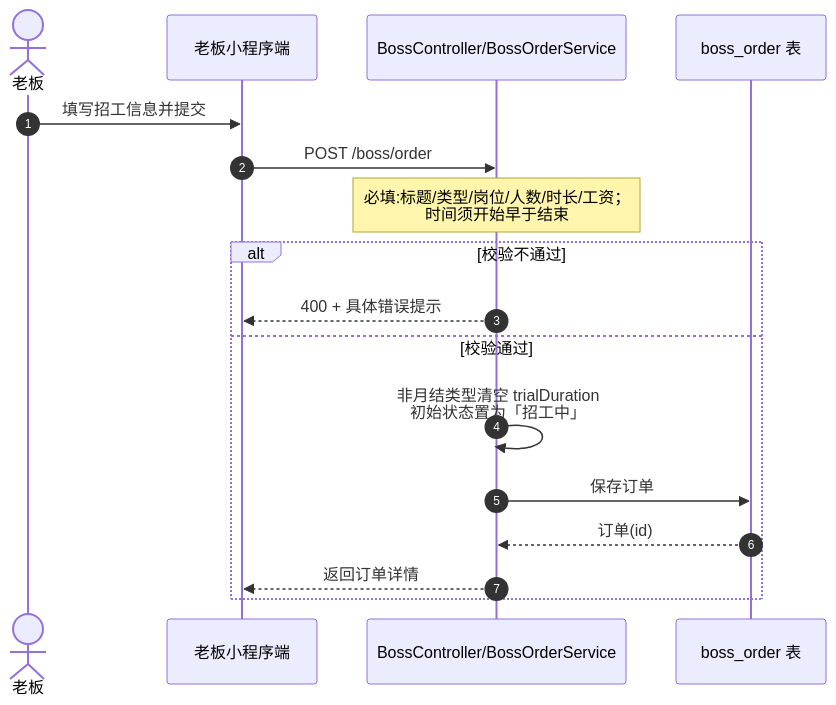
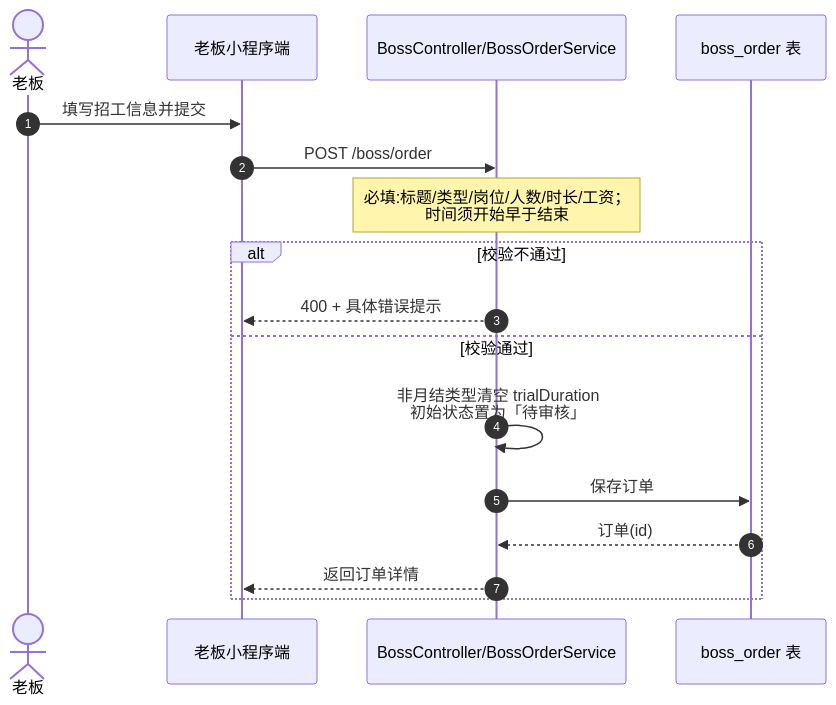
Before and after one commit to liuli-eng/Kuaima: the fourth of 28 diagrams in kuaima_backend/FLOW.md, drawn with Mermaid. The commit also changed other lines of this file and 33 other files, not shown here.

````diff
--- a/kuaima_backend/FLOW.md
+++ b/kuaima_backend/FLOW.md
@@ -101,20 +109,20 @@
 ```mermaid
 sequenceDiagram
     autonumber
     actor B as 老板
     participant MP as 老板小程序端
     participant BE as BossController/BossOrderService
     participant DB as boss_order 表
 
     B->>MP: 填写招工信息并提交
     MP->>BE: POST /boss/order
     Note over BE: 必填:标题/类型/岗位/人数/时长/工资；<br/>时间须开始早于结束
     alt 校验不通过
         BE-->>MP: 400 + 具体错误提示
     else 校验通过
-        BE->>BE: 非月结类型清空 trialDuration<br/>初始状态置为「招工中」
+        BE->>BE: 非月结类型清空 trialDuration<br/>初始状态置为「待审核」
         BE->>DB: 保存订单
         DB-->>BE: 订单(id)
         BE-->>MP: 返回订单详情
     end
 ```
````
